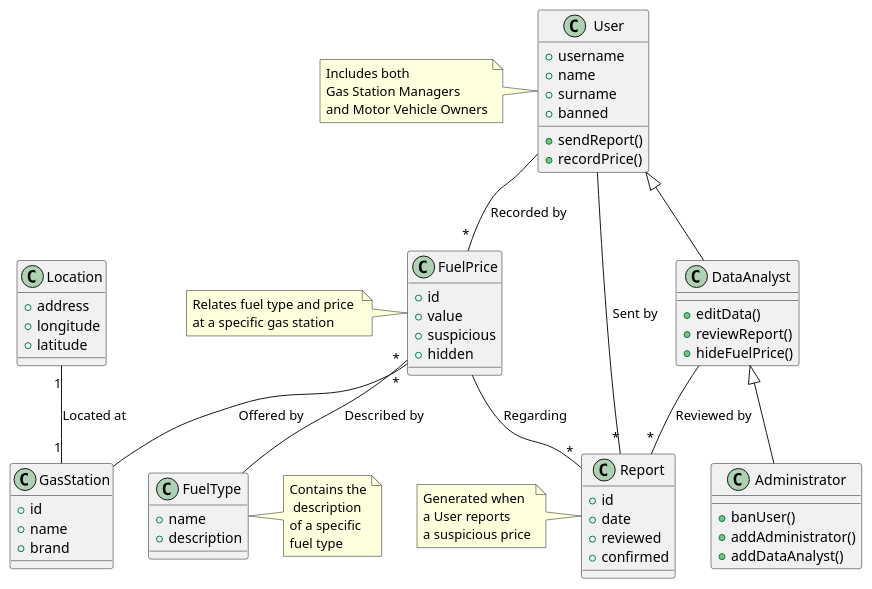
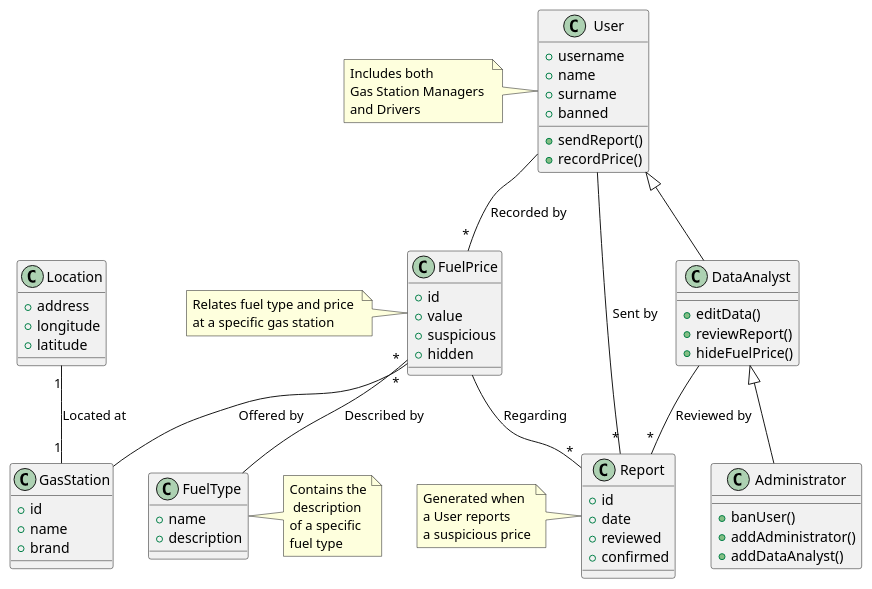
One commit to mosTavassoli/ezgas changed the third of 4 diagrams in docs/RequirementsDocument.md. Above: the diagram before and after it, drawn with PlantUML. The commit also changed other lines of this file and 1 other file, not shown here.

````diff
--- a/docs/RequirementsDocument.md
+++ b/docs/RequirementsDocument.md
@@ -384,64 +391,64 @@
 ```plantuml
 
 class GasStation{
 	+ id
 	+ name
 	+ brand
 }
 class User {
 	+ username
 	+ name
 	+ surname
 	+ banned
 	+ sendReport()
 	+ recordPrice()
 }
 class Administrator {
 	+ banUser()
 	+ addAdministrator()
 	+ addDataAnalyst()
 }
 class FuelType {
 	+ name
 	+ description
 }
 class FuelPrice {
 	+ id
 	+ value
 	+ suspicious
 	+ hidden
 }
 class Report {
 	+ id
 	+ date
 	+ reviewed
 	+ confirmed
 }
 
 class Location {
 	+ address
 	+ longitude
 	+ latitude
 }
 class DataAnalyst {
 	+ editData()
 	+ reviewReport()
 	+ hideFuelPrice()
 }
 
 User  -- "*" FuelPrice:Recorded by
 User -- "*" Report:Sent by
 DataAnalyst <|-- Administrator
 User <|-- DataAnalyst
 DataAnalyst -- "*" Report:Reviewed by
 FuelPrice "*" -- GasStation:Offered by
 FuelPrice "*" -- FuelType:Described by
 FuelPrice -- "*" Report:Regarding
 Location "1" -- "1" GasStation:Located at
 
-note left of User : Includes both \nGas Station Managers \nand Motor Vehicle Owners
+note left of User : Includes both \nGas Station Managers \nand Drivers
 note left of FuelPrice : Relates fuel type and price \nat a specific gas station
 note right of FuelType : Contains the\n description\nof a specific \nfuel type
 note left of Report: Generated when \na User reports \na suspicious price
 
 ```
````
